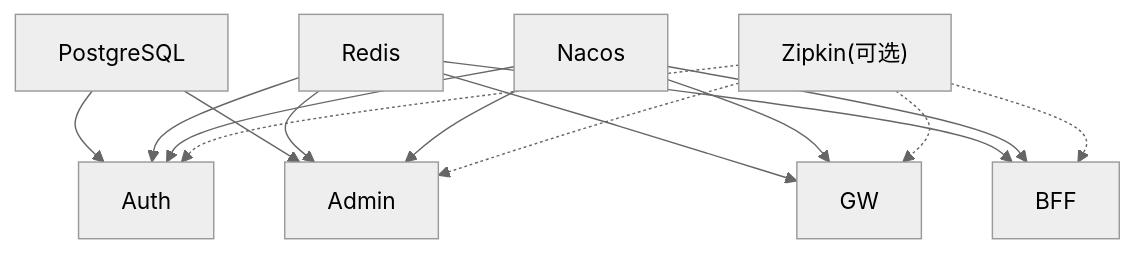
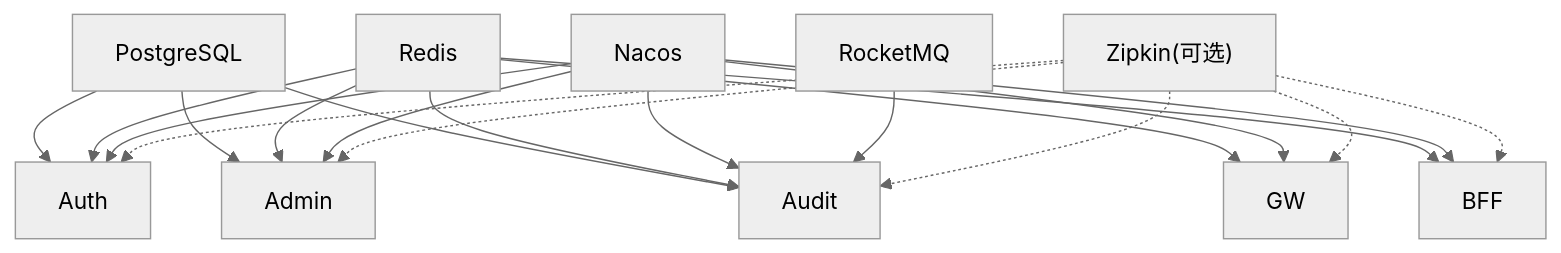
Before and after one commit to fq0121104930716/iam-platform: the seventh of 7 diagrams in .qoder/repowiki/zh/content/部署运维/部署策略.md, drawn with Mermaid (neutral theme). The commit also changed other lines of this file and 219 other files, not shown here.

````diff
--- a/.qoder/repowiki/zh/content/部署运维/部署策略.md
+++ b/.qoder/repowiki/zh/content/部署运维/部署策略.md
@@ -247,17 +308,22 @@
 ```mermaid
 graph TB
 PG["PostgreSQL"] --> Auth
 PG --> Admin
+PG --> Audit
 RD["Redis"] --> GW
 RD --> Auth
 RD --> Admin
 RD --> BFF
+RD --> Audit
 NC["Nacos"] --> GW
 NC --> Auth
 NC --> Admin
 NC --> BFF
+NC --> Audit
+MQ["RocketMQ"] --> Audit
 ZK["Zipkin(可选)"] -.-> GW
 ZK -.-> Auth
 ZK -.-> Admin
 ZK -.-> BFF
+ZK -.-> Audit
 ```
````
